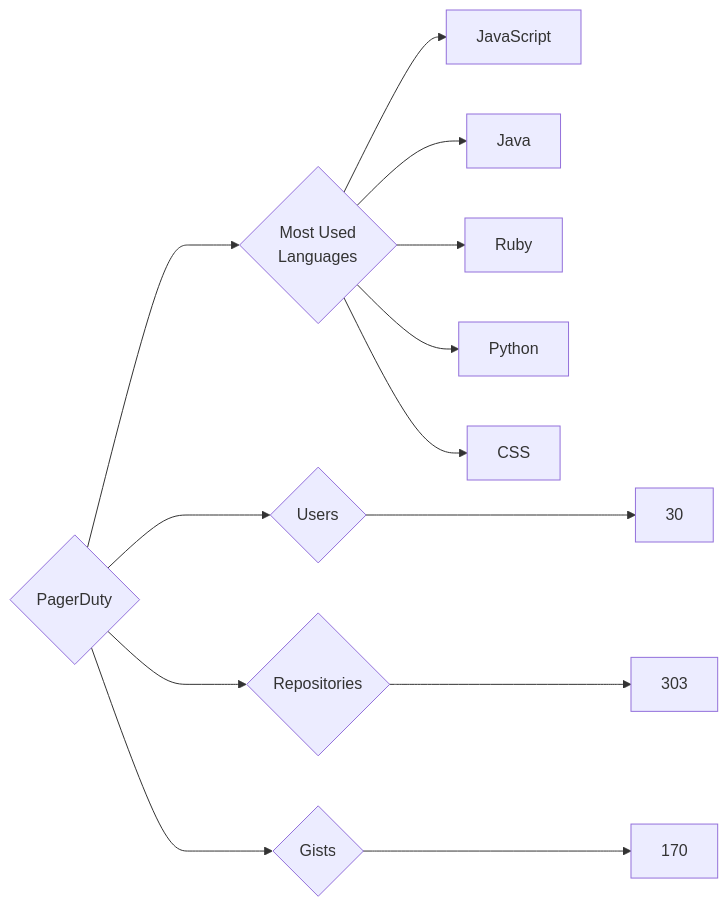
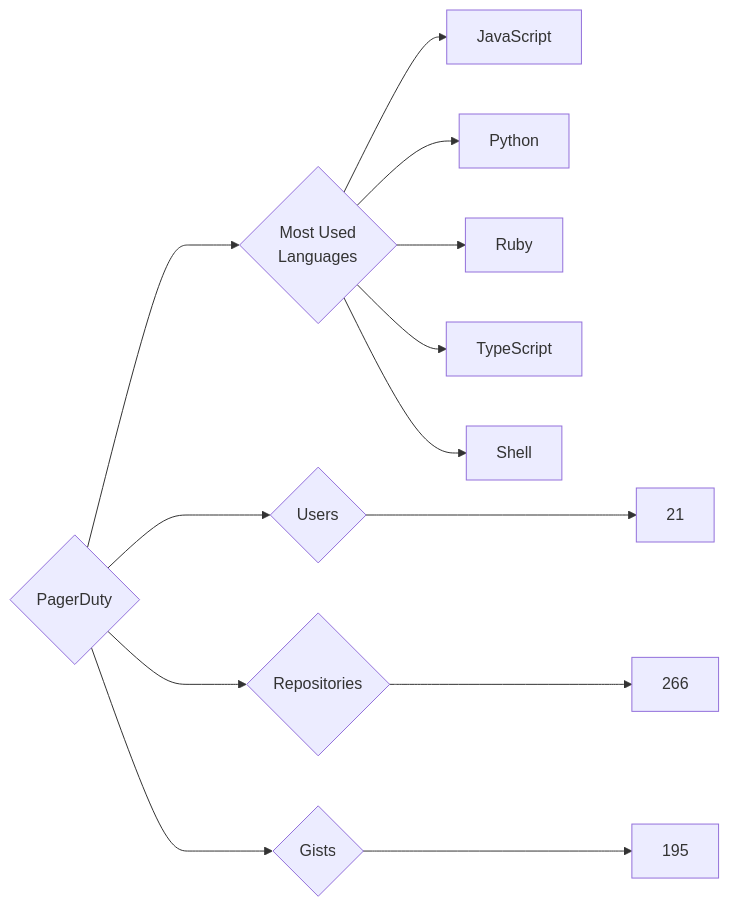
One commit to trickest/insiders changed the diagram in targets/PagerDuty/README.md. Above: the diagram before and after it, drawn with Mermaid. The commit also changed 695 other files, not shown here.

````diff
--- a/targets/PagerDuty/README.md
+++ b/targets/PagerDuty/README.md
@@ -3,13 +3,13 @@
 ```mermaid
 graph LR
 COMPANY_NAME{PagerDuty}
-COMPANY_NAME ---> U{Users} ---> UN[30]
-COMPANY_NAME ---> R{Repositories} ---> RN[303]
-COMPANY_NAME ---> G{Gists} ---> GN[170]
+COMPANY_NAME ---> U{Users} ---> UN[21]
+COMPANY_NAME ---> R{Repositories} ---> RN[266]
+COMPANY_NAME ---> G{Gists} ---> GN[195]
 COMPANY_NAME ---> ML{Most Used<br>Languages}
 ML --> JavaScript[JavaScript]
-ML --> Java[Java]
+ML --> Python[Python]
 ML --> Ruby[Ruby]
-ML --> Python[Python]
-ML --> CSS[CSS]
+ML --> TypeScript[TypeScript]
+ML --> Shell[Shell]
 ```
````
